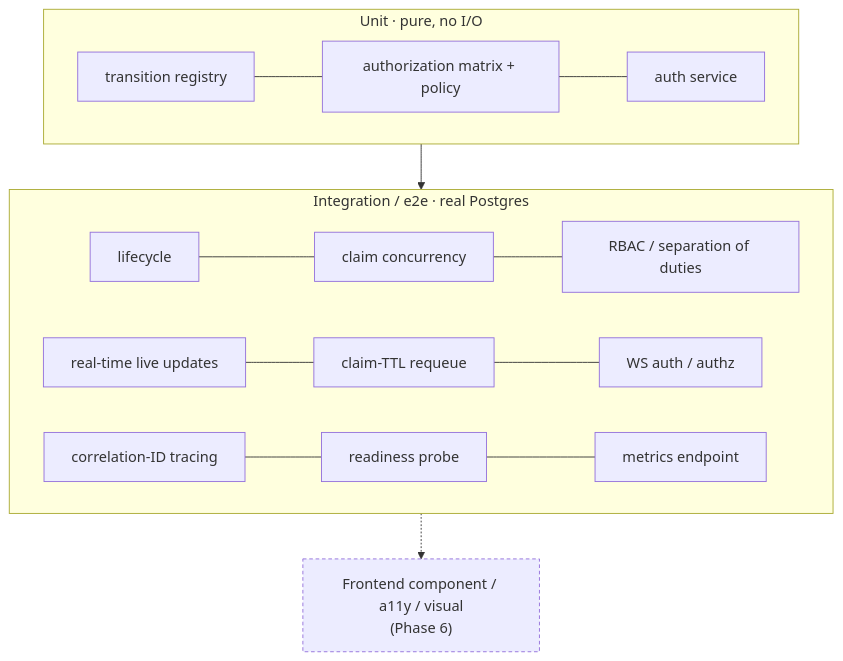
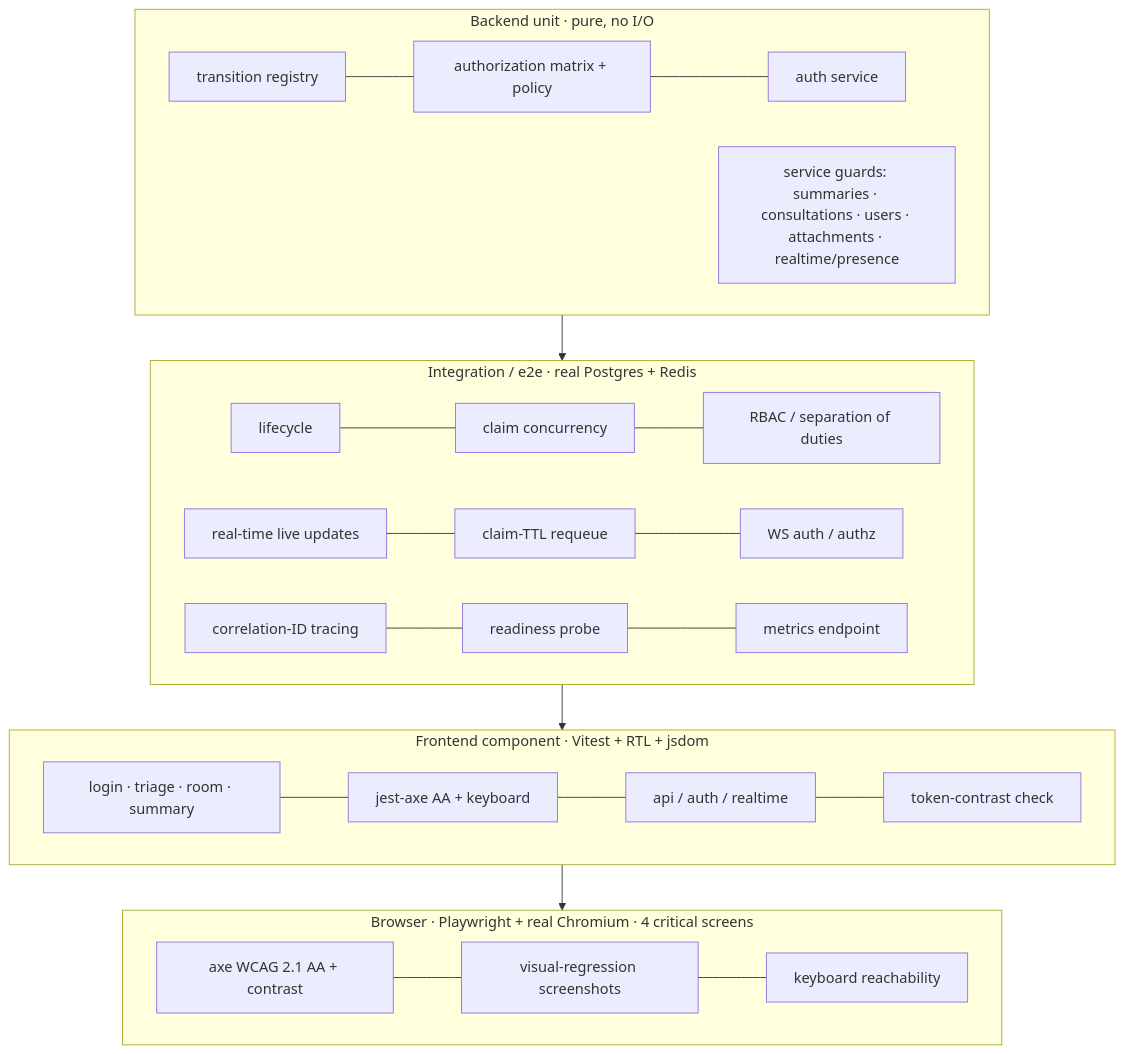
One commit to akritiupreti/virtual-consultation-platform changed the first of 2 diagrams in docs/testing-strategy.md. Above: the diagram before and after it, drawn with Mermaid. The commit also changed other lines of this file and 47 other files, not shown here.

Commit message:
test: phase 6 — enforced coverage gates, frontend tests, a11y + visual regression

````diff
--- a/docs/testing-strategy.md
+++ b/docs/testing-strategy.md
@@ -10,18 +14,23 @@
 ```mermaid
 flowchart TB
-    subgraph e2e [Integration / e2e · real Postgres]
+    subgraph browser [Browser · Playwright + real Chromium · 4 critical screens]
+        direction LR
+        axe[axe WCAG 2.1 AA + contrast] --- vis[visual-regression screenshots] --- kbd[keyboard reachability]
+    end
+    subgraph fe [Frontend component · Vitest + RTL + jsdom]
+        direction LR
+        screens[login · triage · room · summary] --- jaxe[jest-axe AA + keyboard] --- libs[api / auth / realtime] --- contrast[token-contrast check]
+    end
+    subgraph e2e [Integration / e2e · real Postgres + Redis]
         direction LR
         life[lifecycle] --- claim[claim concurrency] --- rbac[RBAC / separation of duties]
         rt[real-time live updates] --- ttl[claim-TTL requeue] --- wsauth[WS auth / authz]
         obs[correlation-ID tracing] --- ready[readiness probe] --- metr[metrics endpoint]
     end
-    subgraph unit [Unit · pure, no I/O]
+    subgraph unit [Backend unit · pure, no I/O]
         direction LR
         tr[transition registry] --- mx[authorization matrix + policy] --- au[auth service]
+        svc[service guards: summaries · consultations · users · attachments · realtime/presence]
     end
-    unit --> e2e
-    e2e -.-> ui["Frontend component / a11y / visual<br/>(Phase 6)"]
-
-    classDef later stroke-dasharray: 4 3;
-    class ui later
+    unit --> e2e --> fe --> browser
 ```
````
